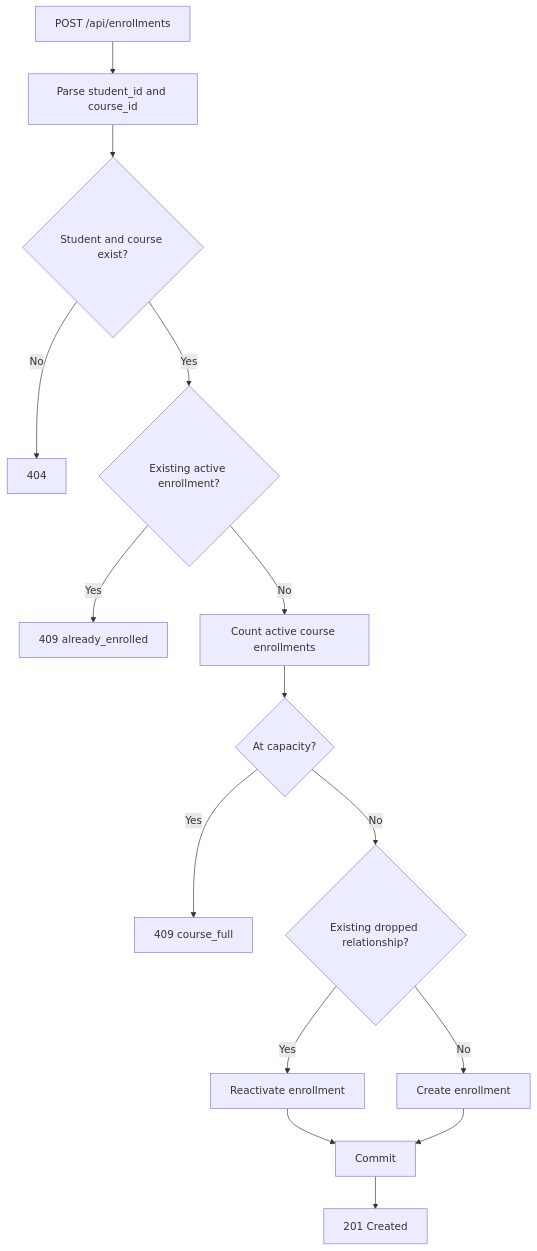
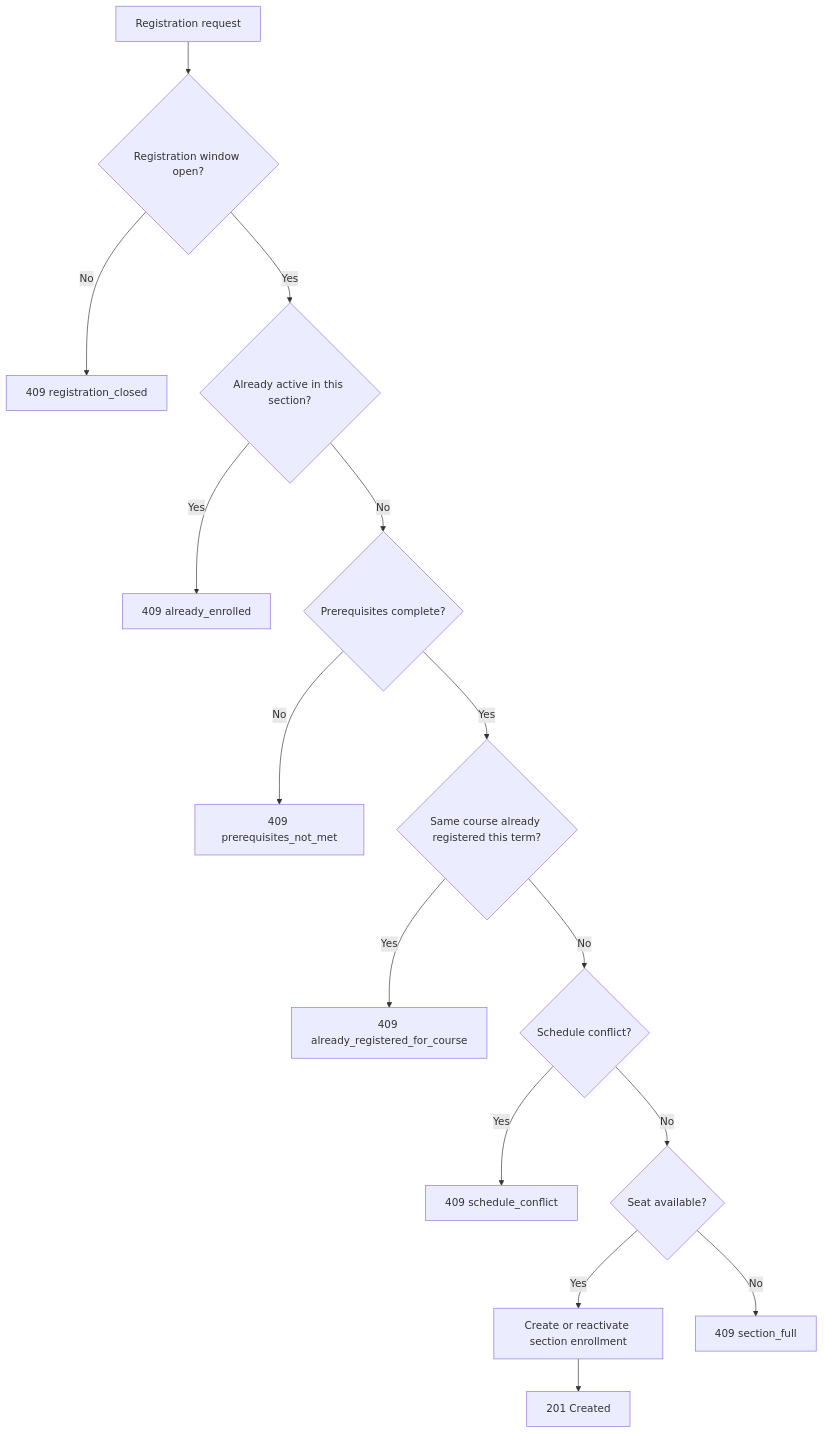
Before and after one commit to PerpsAkach/course-registration-api: the third of 3 diagrams in README.md, drawn with Mermaid. The commit also changed other lines of this file, not shown here.

Commit message:
Document expanded registration platform and verified CI

````diff
--- a/README.md
+++ b/README.md
@@ -98,17 +161,17 @@
 ```mermaid
 flowchart TD
-    A[POST /api/enrollments] --> B[Parse student_id and course_id]
-    B --> C{Student and course exist?}
-    C -- No --> C1[404]
-    C -- Yes --> D{Existing active enrollment?}
-    D -- Yes --> D1[409 already_enrolled]
-    D -- No --> E[Count active course enrollments]
-    E --> F{At capacity?}
-    F -- Yes --> F1[409 course_full]
-    F -- No --> G{Existing dropped relationship?}
-    G -- Yes --> H[Reactivate enrollment]
-    G -- No --> I[Create enrollment]
-    H --> J[Commit]
-    I --> J
-    J --> K[201 Created]
+    A[Registration request] --> B{Registration window open?}
+    B -- No --> X1[409 registration_closed]
+    B -- Yes --> C{Already active in this section?}
+    C -- Yes --> X2[409 already_enrolled]
+    C -- No --> D{Prerequisites complete?}
+    D -- No --> X3[409 prerequisites_not_met]
+    D -- Yes --> E{Same course already registered this term?}
+    E -- Yes --> X4[409 already_registered_for_course]
+    E -- No --> F{Schedule conflict?}
+    F -- Yes --> X5[409 schedule_conflict]
+    F -- No --> G{Seat available?}
+    G -- Yes --> H[Create or reactivate section enrollment]
+    G -- No --> X6[409 section_full]
+    H --> I[201 Created]
 ```
````
